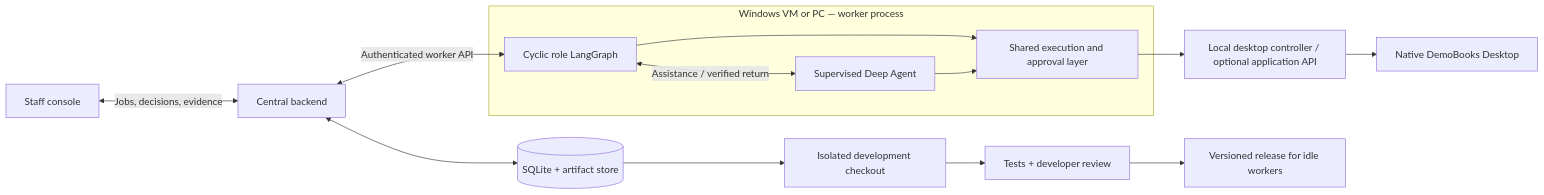
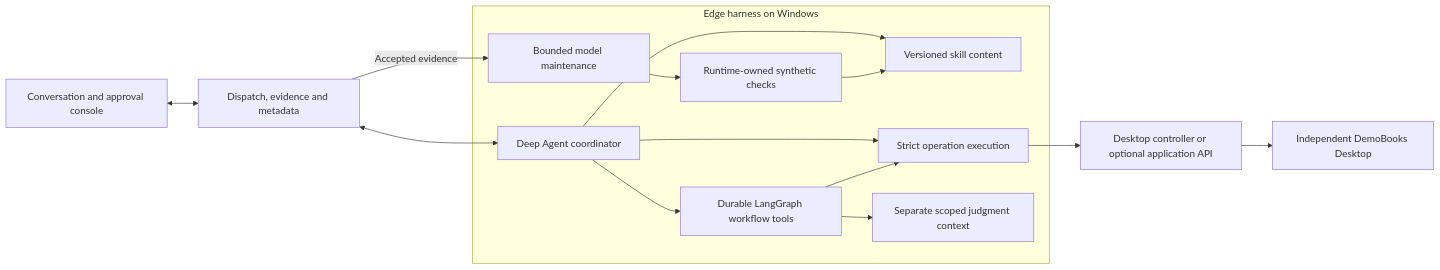
One commit to philip-roy-jones/enterprise-agent-system changed the diagram in README.md. Above: the diagram before and after it, drawn with Mermaid. The commit also changed other lines of this file and 77 other files, not shown here.

Commit message:
Complete agent-led execution and cumulative skill learning

````diff
--- a/README.md
+++ b/README.md
@@ -112,19 +109,17 @@
 ```mermaid
 flowchart LR
-    Staff[Staff console] <-->|Jobs, decisions, evidence| Backend[Central backend]
-    Backend <--> State[(SQLite + artifact store)]
-    Backend <-->|Authenticated worker API| Graph
-    subgraph Worker[Windows VM or PC — worker process]
-        Graph[Cyclic role LangGraph]
-        Agent[Supervised Deep Agent]
-        Shared[Shared execution and approval layer]
-        Graph --> Shared
-        Graph <-->|Assistance / verified return| Agent
-        Agent --> Shared
+    Staff[Conversation and approval console] <--> Server[Dispatch, evidence and metadata]
+    Server <--> Agent
+    subgraph Edge[Edge harness on Windows]
+        Agent[Deep Agent coordinator] --> Skills[Versioned skill content]
+        Agent --> Graph[Durable LangGraph workflow tools]
+        Agent --> Authority[Strict operation execution]
+        Graph --> Authority
+        Graph --> Judgment[Separate scoped judgment context]
+        Learner[Bounded model maintenance] --> Checks[Runtime-owned synthetic checks]
+        Checks --> Skills
     end
-    Shared --> Native[Local desktop controller / optional application API]
-    Native --> DemoBooks[Native DemoBooks Desktop]
-    State --> Dev[Isolated development checkout]
-    Dev --> Review[Tests + developer review]
-    Review --> Release[Versioned release for idle workers]
+    Authority --> Controller[Desktop controller or optional application API]
+    Controller --> DemoBooks[Independent DemoBooks Desktop]
+    Server -->|Accepted evidence| Learner
 ```
````
